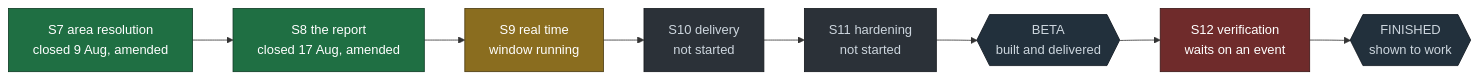
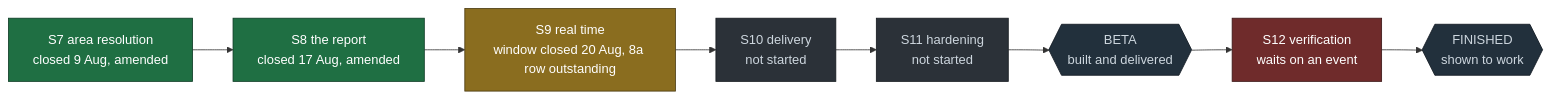
One commit to jerzy99jerzy/air-alert-early-warning changed the first of 2 diagrams in docs/MVP.md. Above: the diagram before and after it, drawn with Mermaid. The commit also changed other lines of this file and 9 other files, not shown here.

````diff
--- a/docs/MVP.md
+++ b/docs/MVP.md
@@ -233,25 +233,25 @@
 ```mermaid
 flowchart LR
     S7["S7 area resolution<br/>closed 9 Aug, amended"]
     S8["S8 the report<br/>closed 17 Aug, amended"]
-    S9["S9 real time<br/>window running"]
+    S9["S9 real time<br/>window closed 20 Aug, 8a row outstanding"]
     S10["S10 delivery<br/>not started"]
     S11["S11 hardening<br/>not started"]
     BETA{{"BETA<br/>built and delivered"}}
     S12["S12 verification<br/>waits on an event"]
     DONE{{"FINISHED<br/>shown to work"}}
 
     S7 --> S8 --> S9 --> S10 --> S11 --> BETA --> S12 --> DONE
 
     classDef met fill:#1f6f43,stroke:#0d3b24,color:#ffffff
     classDef running fill:#8a6d1f,stroke:#4a3a10,color:#ffffff
     classDef todo fill:#2b3138,stroke:#161a1f,color:#cdd6de
     classDef blocked fill:#6f2b2b,stroke:#3b1616,color:#ffffff
     classDef gate fill:#22303c,stroke:#0f1720,color:#cdd6de
 
     class S7,S8 met
     class S9 running
     class S10,S11 todo
     class S12 blocked
     class BETA,DONE gate
 ```
````
